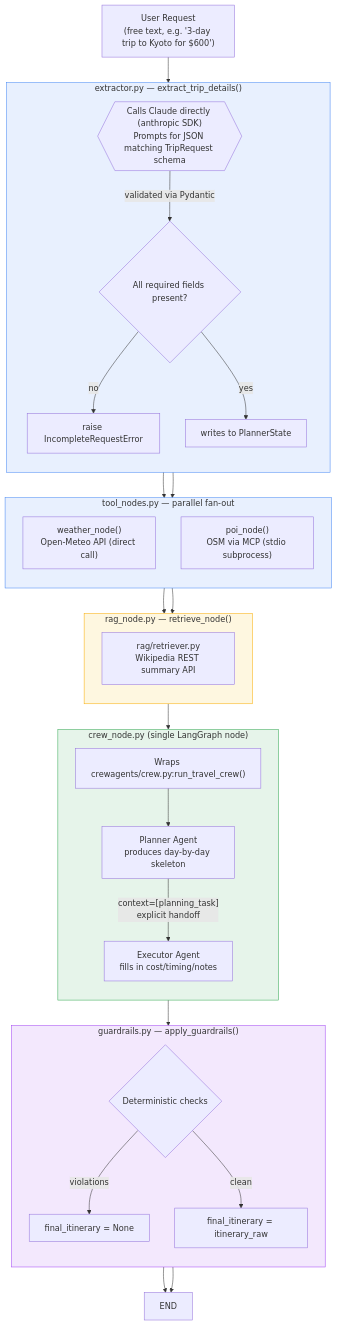
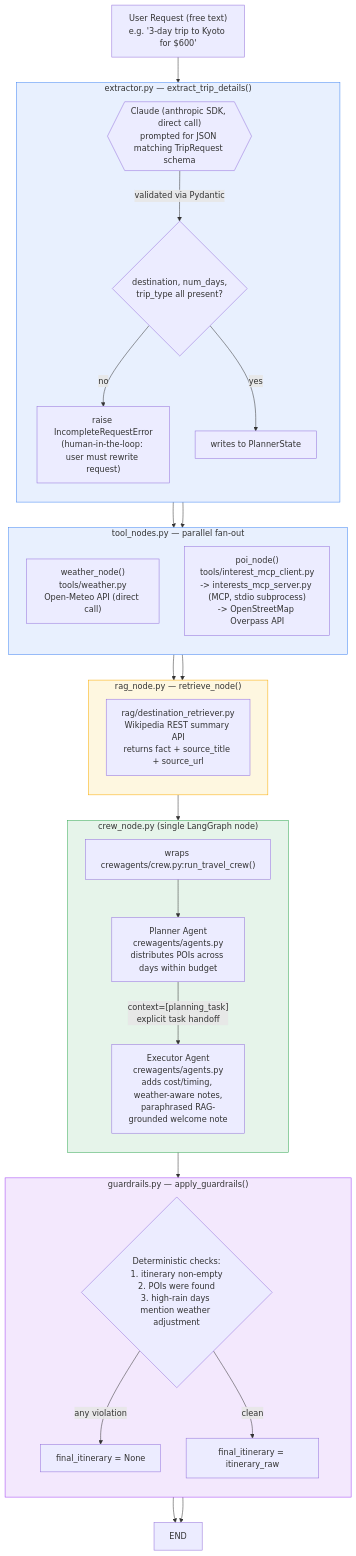
Before and after one commit to ashishs76/travel_assistant_capstone: the diagram in planner/docs/architecture.md, drawn with Mermaid. The commit also changed other lines of this file and 6 other files, not shown here.

````diff
--- a/planner/docs/architecture.md
+++ b/planner/docs/architecture.md
@@ -53,59 +5,59 @@
 ```mermaid
 flowchart TB
-    U["User Request<br/>(free text, e.g. '3-day trip to Kyoto for $600')"]
+    U["User Request (free text)<br/>e.g. '3-day trip to Kyoto for $600'"]
     U --> EX
 
     subgraph EXTRACT["extractor.py — extract_trip_details()"]
         direction TB
-        EX{{"Calls Claude directly (anthropic SDK)<br/>Prompts for JSON matching TripRequest schema"}}
-        EX -->|"validated via Pydantic"| CHK{"All required fields present?"}
-        CHK -->|"no"| ERR["raise IncompleteRequestError"]
+        EX{{"Claude (anthropic SDK, direct call)<br/>prompted for JSON matching TripRequest schema"}}
+        EX -->|"validated via Pydantic"| CHK{"destination, num_days,<br/>trip_type all present?"}
+        CHK -->|"no"| ERR["raise IncompleteRequestError<br/>(human-in-the-loop: user must rewrite request)"]
         CHK -->|"yes"| STATE1["writes to PlannerState"]
     end
 
     STATE1 --> W
     STATE1 --> P
 
     subgraph PARALLEL["tool_nodes.py — parallel fan-out"]
         direction TB
-        W["weather_node()<br/>Open-Meteo API (direct call)"]
-        P["poi_node()<br/>OSM via MCP (stdio subprocess)"]
+        W["weather_node()<br/>tools/weather.py<br/>Open-Meteo API (direct call)"]
+        P["poi_node()<br/>tools/interest_mcp_client.py<br/>-> interests_mcp_server.py (MCP, stdio subprocess)<br/>-> OpenStreetMap Overpass API"]
     end
 
     W --> RAG
     P --> RAG
 
     subgraph RAGB["rag_node.py — retrieve_node()"]
         direction TB
-        RAG["rag/retriever.py<br/>Wikipedia REST summary API"]
+        RAG["rag/destination_retriever.py<br/>Wikipedia REST summary API<br/>returns fact + source_title + source_url"]
     end
 
     RAG --> NOTE
 
     subgraph CREWB["crew_node.py (single LangGraph node)"]
         direction TB
-        NOTE["Wraps crewagents/crew.py:run_travel_crew()"]
-        PLANNER["Planner Agent<br/>produces day-by-day skeleton"]
-        EXECUTOR["Executor Agent<br/>fills in cost/timing/notes"]
+        NOTE["wraps crewagents/crew.py:run_travel_crew()"]
+        PLANNER["Planner Agent<br/>crewagents/agents.py<br/>distributes POIs across days within budget"]
+        EXECUTOR["Executor Agent<br/>crewagents/agents.py<br/>adds cost/timing, weather-aware notes,<br/>paraphrased RAG-grounded welcome note"]
         NOTE --> PLANNER
-        PLANNER -->|"context=[planning_task]<br/>explicit handoff"| EXECUTOR
+        PLANNER -->|"context=[planning_task]<br/>explicit task handoff"| EXECUTOR
     end
 
     EXECUTOR --> GR
 
     subgraph GUARD["guardrails.py — apply_guardrails()"]
         direction TB
-        GR{"Deterministic checks"}
-        GR -->|"violations"| BLOCK["final_itinerary = None"]
+        GR{"Deterministic checks:<br/>1. itinerary non-empty<br/>2. POIs were found<br/>3. high-rain days mention weather adjustment"}
+        GR -->|"any violation"| BLOCK["final_itinerary = None"]
         GR -->|"clean"| PASS["final_itinerary = itinerary_raw"]
     end
 
     BLOCK --> OUT["END"]
     PASS --> OUT
 
     style EXTRACT fill:#e8f0fe,stroke:#4285f4
     style PARALLEL fill:#e8f0fe,stroke:#4285f4
     style RAGB fill:#fef7e0,stroke:#f9ab00
     style CREWB fill:#e6f4ea,stroke:#34a853
     style GUARD fill:#f3e8fd,stroke:#a142f4
 ```
````
